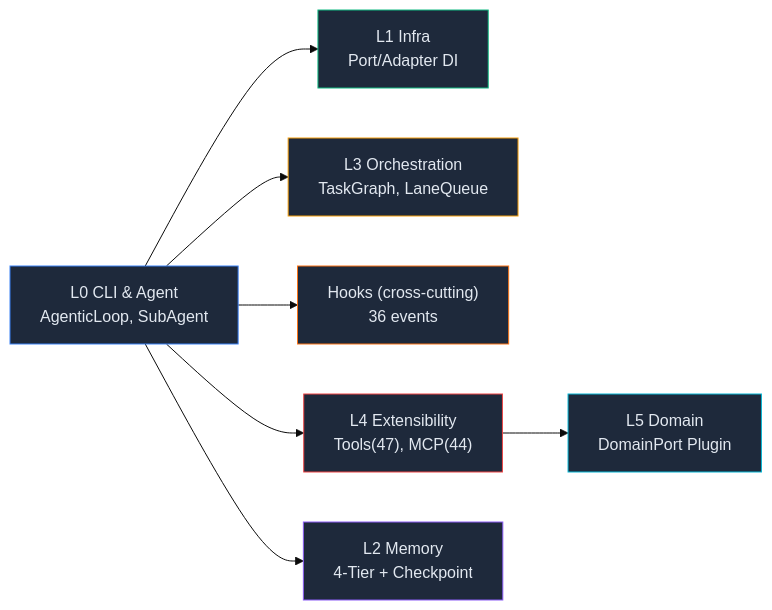
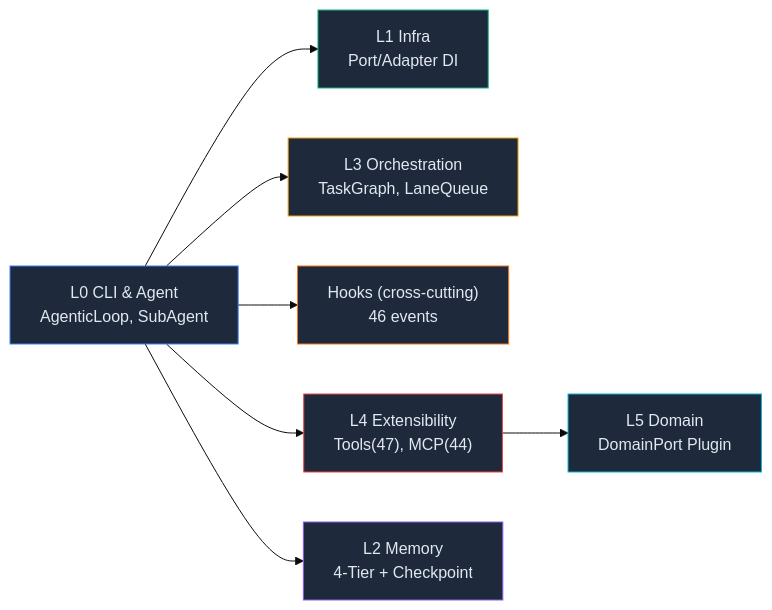
The second of 2 diagrams in README.md (mangowhoiscloud/geode), drawn with Mermaid (base theme) before and after one commit. The commit also changed other lines of this file and 11 other files, not shown here.

````diff
--- a/README.md
+++ b/README.md
@@ -152,17 +152,17 @@
 ```mermaid
 graph LR
     L0["L0 CLI & Agent<br/>AgenticLoop, SubAgent"] --> L1["L1 Infra<br/>Port/Adapter DI"]
     L0 --> L3["L3 Orchestration<br/>TaskGraph, LaneQueue"]
-    L0 --> HK["Hooks (cross-cutting)<br/>36 events"]
+    L0 --> HK["Hooks (cross-cutting)<br/>46 events"]
     L0 --> L4["L4 Extensibility<br/>Tools(47), MCP(44)"]
     L4 --> L5["L5 Domain<br/>DomainPort Plugin"]
     L0 --> L2["L2 Memory<br/>4-Tier + Checkpoint"]
 
     style L0 fill:#1e293b,stroke:#3b82f6,color:#e2e8f0
     style L1 fill:#1e293b,stroke:#10b981,color:#e2e8f0
     style L2 fill:#1e293b,stroke:#8b5cf6,color:#e2e8f0
     style L3 fill:#1e293b,stroke:#f59e0b,color:#e2e8f0
     style HK fill:#1e293b,stroke:#f97316,color:#e2e8f0
     style L4 fill:#1e293b,stroke:#ef4444,color:#e2e8f0
     style L5 fill:#1e293b,stroke:#06b6d4,color:#e2e8f0
 ```
````
